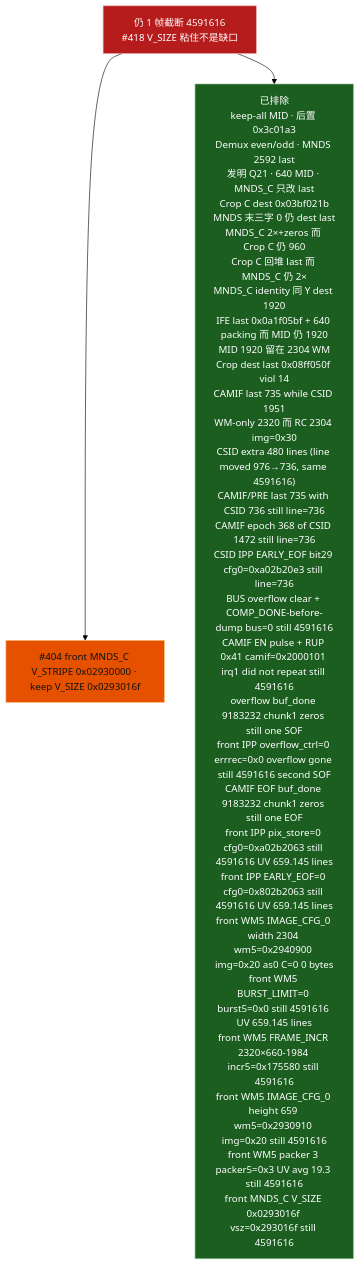
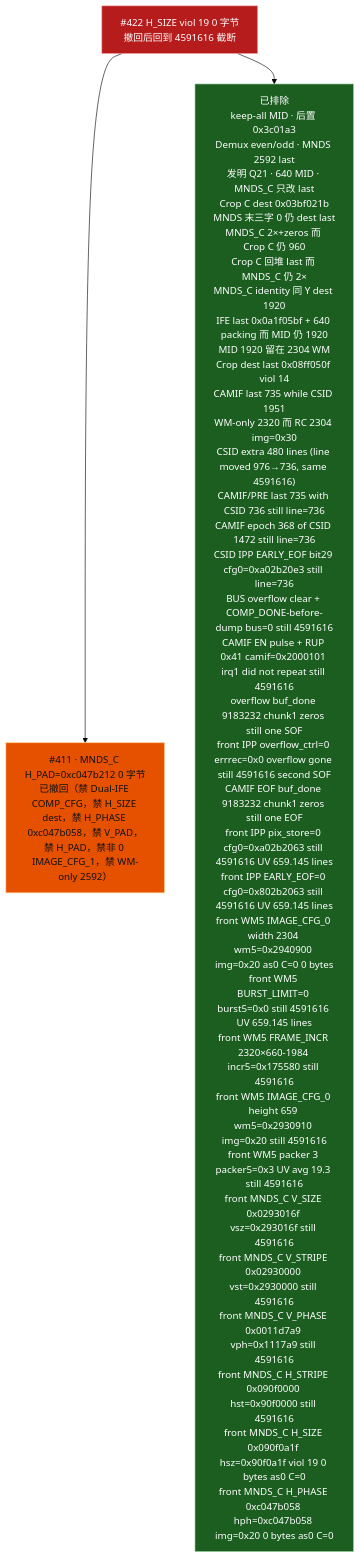
One commit to Huabin1010/dagu-mainline-linux changed the fifth of 5 diagrams in linux-mainline/docs/dagu-ife-front-pipeline-status.md. Above: the diagram before and after it, drawn with Mermaid (forest theme). The commit also changed other lines of this file and 11 other files, not shown here.

````diff
--- a/linux-mainline/docs/dagu-ife-front-pipeline-status.md
+++ b/linux-mainline/docs/dagu-ife-front-pipeline-status.md
@@ -191,19 +215,19 @@
 ```mermaid
 flowchart TB
-  STUCK["仍 1 帧截断 4591616<br/>#418 V_SIZE 粘住不是缺口"]
+  STUCK["#422 H_SIZE viol 19 0 字节<br/>撤回后回到 4591616 截断"]
 
   STUCK --> H1
   STUCK --> NO
 
-  H1["#404 front MNDS_C V_STRIPE 0x02930000 · keep V_SIZE 0x0293016f"]
-  NO["已排除<br/>keep-all MID · 后置 0x3c01a3<br/>Demux even/odd · MNDS 2592 last<br/>发明 Q21 · 640 MID · MNDS_C 只改 last<br/>Crop C dest 0x03bf021b<br/>MNDS 末三字 0 仍 dest last<br/>MNDS_C 2×+zeros 而 Crop C 仍 960<br/>Crop C 回堆 last 而 MNDS_C 仍 2×<br/>MNDS_C identity 同 Y dest 1920<br/>IFE last 0x0a1f05bf + 640 packing 而 MID 仍 1920<br/>MID 1920 留在 2304 WM<br/>Crop dest last 0x08ff050f viol 14<br/>CAMIF last 735 while CSID 1951<br/>WM-only 2320 而 RC 2304 img=0x30<br/>CSID extra 480 lines (line moved 976→736, same 4591616)<br/>CAMIF/PRE last 735 with CSID 736 still line=736<br/>CAMIF epoch 368 of CSID 1472 still line=736<br/>CSID IPP EARLY_EOF bit29 cfg0=0xa02b20e3 still line=736<br/>BUS overflow clear + COMP_DONE-before-dump bus=0 still 4591616<br/>CAMIF EN pulse + RUP 0x41 camif=0x2000101 irq1 did not repeat still 4591616<br/>overflow buf_done 9183232 chunk1 zeros still one SOF<br/>front IPP overflow_ctrl=0 errrec=0x0 overflow gone still 4591616 second SOF<br/>CAMIF EOF buf_done 9183232 chunk1 zeros still one EOF<br/>front IPP pix_store=0 cfg0=0xa02b2063 still 4591616 UV 659.145 lines<br/>front IPP EARLY_EOF=0 cfg0=0x802b2063 still 4591616 UV 659.145 lines<br/>front WM5 IMAGE_CFG_0 width 2304 wm5=0x2940900 img=0x20 as0 C=0 0 bytes<br/>front WM5 BURST_LIMIT=0 burst5=0x0 still 4591616 UV 659.145 lines<br/>front WM5 FRAME_INCR 2320×660-1984 incr5=0x175580 still 4591616<br/>front WM5 IMAGE_CFG_0 height 659 wm5=0x2930910 img=0x20 still 4591616<br/>front WM5 packer 3 packer5=0x3 UV avg 19.3 still 4591616<br/>front MNDS_C V_SIZE 0x0293016f vsz=0x293016f still 4591616"]
+  H1["#411 · MNDS_C H_PAD=0xc047b212 0 字节已撤回（禁 Dual-IFE COMP_CFG，禁 H_SIZE dest，禁 H_PHASE 0xc047b058，禁 V_PAD，禁 H_PAD，禁非 0 IMAGE_CFG_1，禁 WM-only 2592）"]
+  NO["已排除<br/>keep-all MID · 后置 0x3c01a3<br/>Demux even/odd · MNDS 2592 last<br/>发明 Q21 · 640 MID · MNDS_C 只改 last<br/>Crop C dest 0x03bf021b<br/>MNDS 末三字 0 仍 dest last<br/>MNDS_C 2×+zeros 而 Crop C 仍 960<br/>Crop C 回堆 last 而 MNDS_C 仍 2×<br/>MNDS_C identity 同 Y dest 1920<br/>IFE last 0x0a1f05bf + 640 packing 而 MID 仍 1920<br/>MID 1920 留在 2304 WM<br/>Crop dest last 0x08ff050f viol 14<br/>CAMIF last 735 while CSID 1951<br/>WM-only 2320 而 RC 2304 img=0x30<br/>CSID extra 480 lines (line moved 976→736, same 4591616)<br/>CAMIF/PRE last 735 with CSID 736 still line=736<br/>CAMIF epoch 368 of CSID 1472 still line=736<br/>CSID IPP EARLY_EOF bit29 cfg0=0xa02b20e3 still line=736<br/>BUS overflow clear + COMP_DONE-before-dump bus=0 still 4591616<br/>CAMIF EN pulse + RUP 0x41 camif=0x2000101 irq1 did not repeat still 4591616<br/>overflow buf_done 9183232 chunk1 zeros still one SOF<br/>front IPP overflow_ctrl=0 errrec=0x0 overflow gone still 4591616 second SOF<br/>CAMIF EOF buf_done 9183232 chunk1 zeros still one EOF<br/>front IPP pix_store=0 cfg0=0xa02b2063 still 4591616 UV 659.145 lines<br/>front IPP EARLY_EOF=0 cfg0=0x802b2063 still 4591616 UV 659.145 lines<br/>front WM5 IMAGE_CFG_0 width 2304 wm5=0x2940900 img=0x20 as0 C=0 0 bytes<br/>front WM5 BURST_LIMIT=0 burst5=0x0 still 4591616 UV 659.145 lines<br/>front WM5 FRAME_INCR 2320×660-1984 incr5=0x175580 still 4591616<br/>front WM5 IMAGE_CFG_0 height 659 wm5=0x2930910 img=0x20 still 4591616<br/>front WM5 packer 3 packer5=0x3 UV avg 19.3 still 4591616<br/>front MNDS_C V_SIZE 0x0293016f vsz=0x293016f still 4591616<br/>front MNDS_C V_STRIPE 0x02930000 vst=0x2930000 still 4591616<br/>front MNDS_C V_PHASE 0x0011d7a9 vph=0x1117a9 still 4591616<br/>front MNDS_C H_STRIPE 0x090f0000 hst=0x90f0000 still 4591616<br/>front MNDS_C H_SIZE 0x090f0a1f hsz=0x90f0a1f viol 19 0 bytes as0 C=0<br/>front MNDS_C H_PHASE 0xc047b058 hph=0xc047b058 img=0x20 0 bytes as0 C=0"]
 
   class STUCK stuck
   class H1 gap
   class NO ok
 
   classDef ok fill:#1b5e20,stroke:#a5d6a7,color:#fff
   classDef gap fill:#e65100,stroke:#ffcc80,color:#111
   classDef stuck fill:#b71c1c,stroke:#ef9a9a,color:#fff
   classDef later fill:#424242,stroke:#bdbdbd,color:#eee
 ```
````
